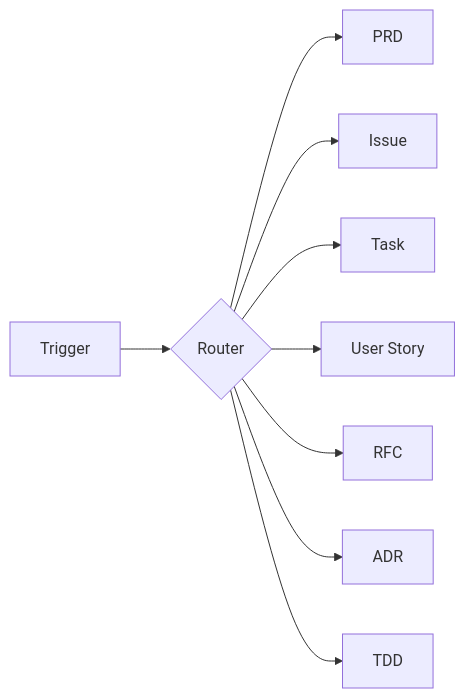
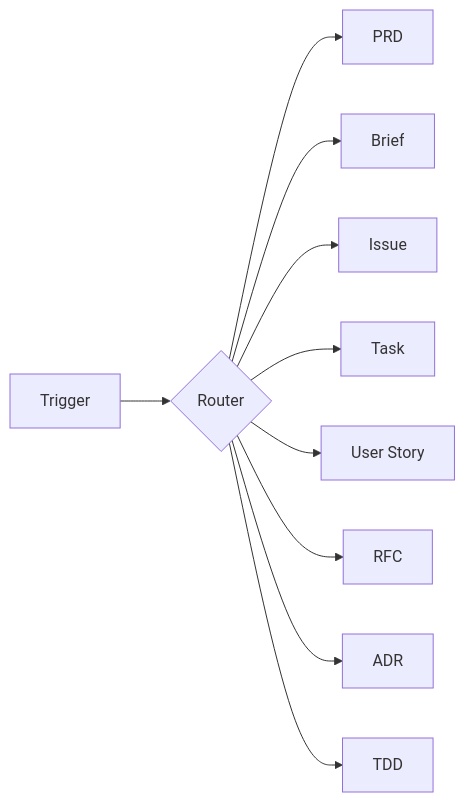
The diagram in skills/(product)/docs-writer/README.md (adeonir/agent-skills), drawn with Mermaid before and after one commit. The commit also changed other lines of this file and 8 other files, not shown here.

````diff
--- a/skills/(product)/docs-writer/README.md
+++ b/skills/(product)/docs-writer/README.md
@@ -9,11 +9,12 @@
 ```mermaid
 flowchart LR
     T[Trigger] --> R{Router}
     R --> PRD[PRD]
+    R --> B[Brief]
     R --> I[Issue]
     R --> TK[Task]
     R --> US[User Story]
     R --> RFC[RFC]
     R --> ADR[ADR]
     R --> TDD[TDD]
 ```
````
